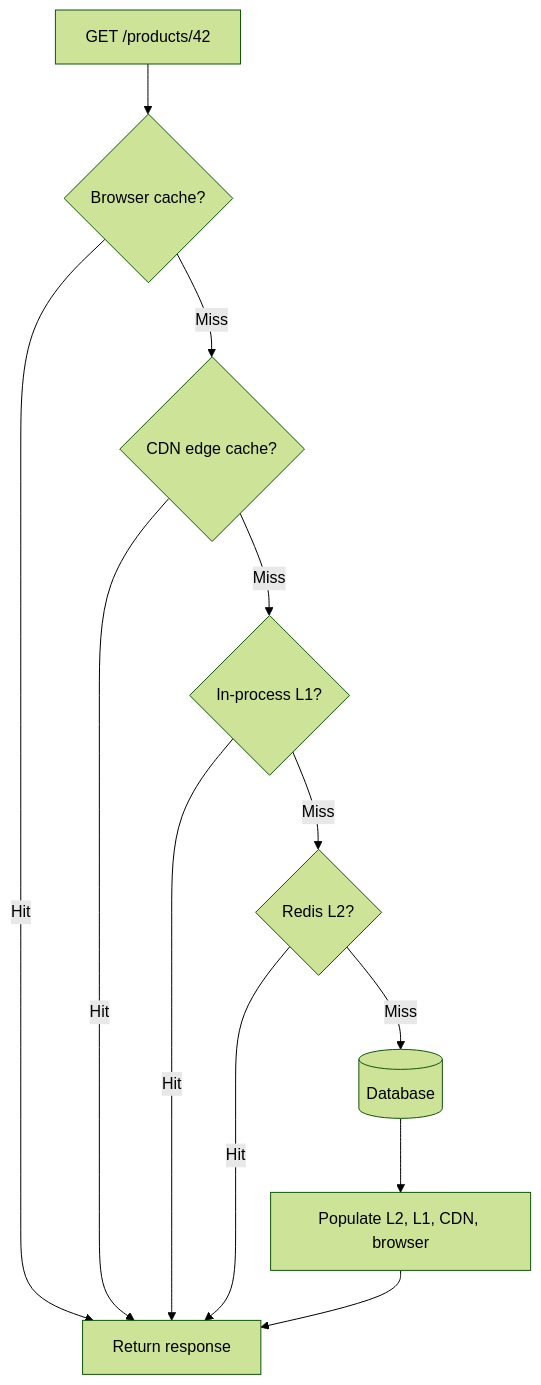
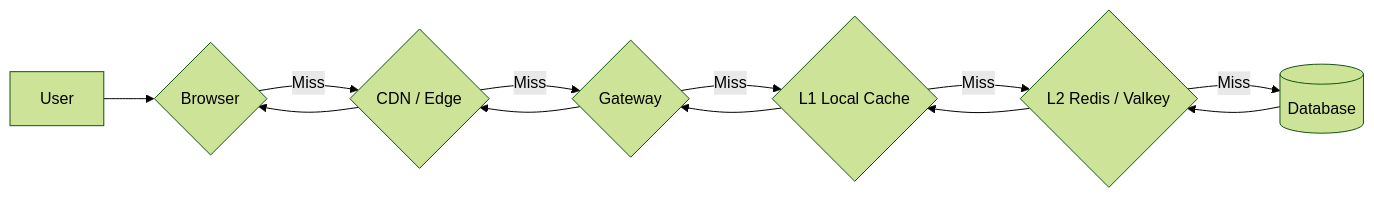
The first of 12 diagrams in src/content/system-design/caching-layers-stampede.md (AvadhBhalodiya/Interview-Preparation), drawn with Mermaid (forest theme) before and after one commit. The commit also changed other lines of this file and 54 other files, not shown here.

````diff
--- a/src/content/system-design/caching-layers-stampede.md
+++ b/src/content/system-design/caching-layers-stampede.md
@@ -22,14 +23,14 @@
 ```mermaid
-flowchart TD
-    U["GET /products/42"] --> B{Browser cache?}
-    B -->|Hit| R[Return response]
-    B -->|Miss| C{CDN edge cache?}
-    C -->|Hit| R
-    C -->|Miss| L1{In-process L1?}
-    L1 -->|Hit| R
-    L1 -->|Miss| L2{Redis L2?}
-    L2 -->|Hit| R
+flowchart LR
+    U[User] --> B{Browser}
+    B -->|Miss| C{CDN / Edge}
+    C -->|Miss| G{Gateway}
+    G -->|Miss| L1{L1 Local Cache}
+    L1 -->|Miss| L2{L2 Redis / Valkey}
     L2 -->|Miss| DB[(Database)]
-    DB --> W[Populate L2, L1, CDN, browser]
-    W --> R
+    DB --> L2
+    L2 --> L1
+    L1 --> G
+    G --> C
+    C --> B
 ```
````
